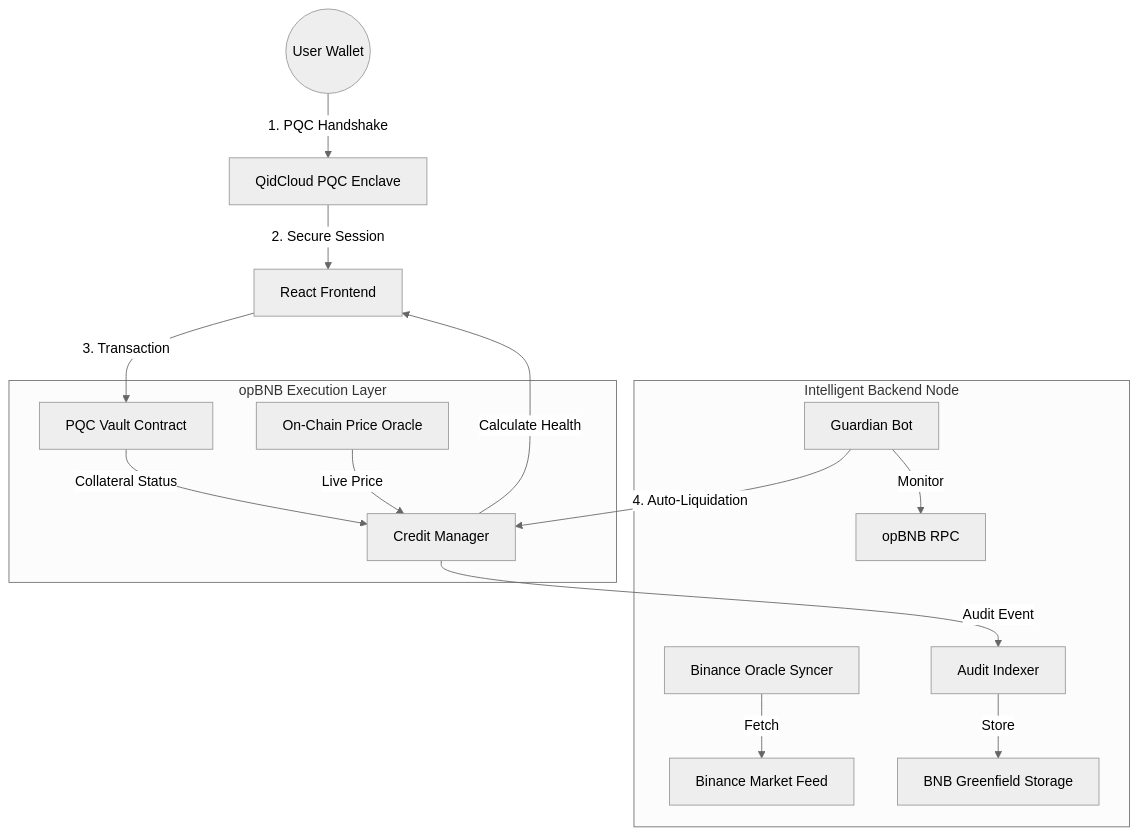
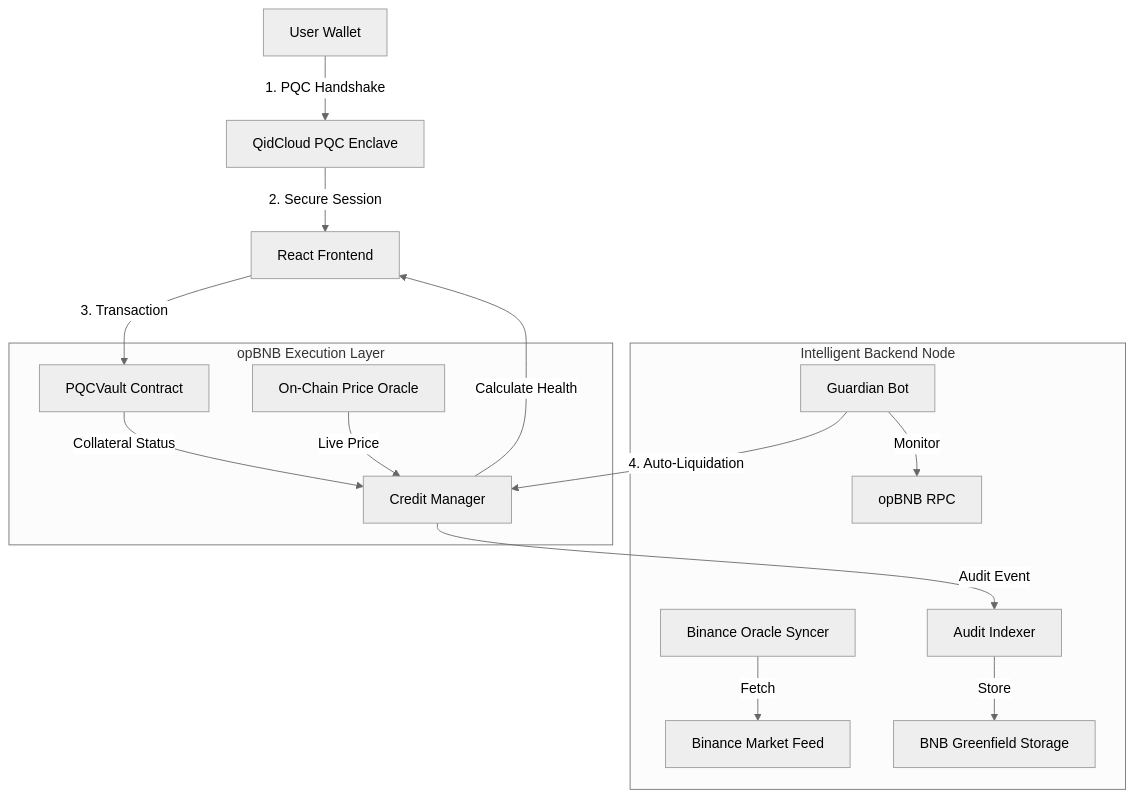
One commit to CHANDU32455/BNB_CollatoralCreditSystem changed the first of 2 diagrams in docs/Architecture.md. Above: the diagram before and after it, drawn with Mermaid (neutral theme). The commit also changed other lines of this file and 2 other files, not shown here.

Commit message:
Added ASCII visual fallbacks to all documentation for universal compatibility; Enhanced root README with protocol trinity diagram; Ensured no image dependencies for core documentation

````diff
--- a/docs/Architecture.md
+++ b/docs/Architecture.md
@@ -9,24 +9,24 @@
 ```mermaid
 graph TD
-    User((User Wallet)) -->|1. PQC Handshake| QidCloud[QidCloud PQC Enclave]
-    QidCloud -->|2. Secure Session| DApp[React Frontend]
+    User["User Wallet"] -->|1. PQC Handshake| QidCloud["QidCloud PQC Enclave"]
+    QidCloud -->|2. Secure Session| DApp["React Frontend"]
     
-    subgraph backend [Intelligent Backend Node]
-        Oracle[Binance Oracle Syncer] -->|Fetch| BinanceAPI[Binance Market Feed]
-        Guardian[Guardian Bot] -->|Monitor| RPC[opBNB RPC]
-        Indexer[Audit Indexer] -->|Store| Greenfield[BNB Greenfield Storage]
+    subgraph backend ["Intelligent Backend Node"]
+        Oracle["Binance Oracle Syncer"] -->|Fetch| BinanceAPI["Binance Market Feed"]
+        Guardian["Guardian Bot"] -->|Monitor| RPC["opBNB RPC"]
+        Indexer["Audit Indexer"] -->|Store| Greenfield["BNB Greenfield Storage"]
     end
     
-    subgraph blockchain [opBNB Execution Layer]
-        Vault[PQC Vault Contract]
-        CM[Credit Manager]
-        PriceOracle[On-Chain Price Oracle]
+    subgraph blockchain ["opBNB Execution Layer"]
+        Vault["PQCVault Contract"]
+        CM["Credit Manager"]
+        PriceOracle["On-Chain Price Oracle"]
     end
     
     DApp -->|3. Transaction| Vault
     Vault -->|Collateral Status| CM
     PriceOracle -->|Live Price| CM
     CM -->|Calculate Health| DApp
     Guardian -->|4. Auto-Liquidation| CM
     CM -->|Audit Event| Indexer
 ```
````
